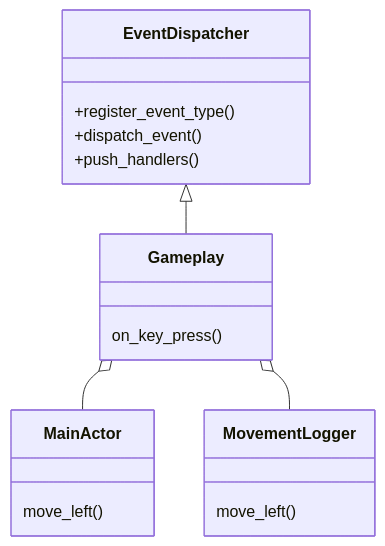
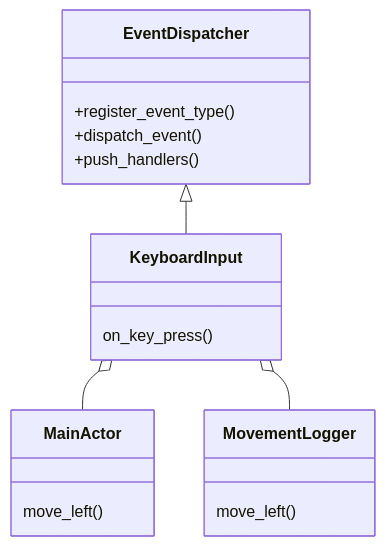
One commit to PeterSzasz/PeterSzasz.github.io changed the diagram in assets/ObserverClassDiagram.mmd. Above: the diagram before and after it, drawn with Mermaid. The commit also changed 2 other files, not shown here.

```diff
--- a/assets/ObserverClassDiagram.mmd
+++ b/assets/ObserverClassDiagram.mmd
@@ -1,13 +1,13 @@
 classDiagram
 %% @backgroundColor(#252525)
-    EventDispatcher <|-- Gameplay
-    Gameplay o-- MainActor
-    Gameplay o-- MovementLogger
-    Gameplay : on_key_press()
+    EventDispatcher <|-- KeyboardInput
+    KeyboardInput o-- MainActor
+    KeyboardInput o-- MovementLogger
+    KeyboardInput : on_key_press()
     MainActor : move_left()
     MovementLogger : move_left()
     class EventDispatcher{
         +register_event_type()
         +dispatch_event()
         +push_handlers()
     }
```
